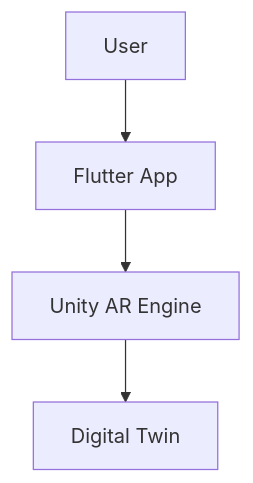
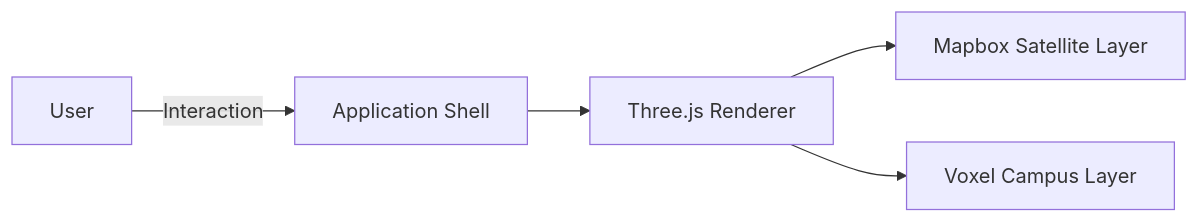
The fourth of 4 diagrams in README.md (shivansh-kaushik/GAMEMNNIT), drawn with Mermaid before and after one commit. The commit also changed other lines of this file and 9 other files, not shown here.

````diff
--- a/README.md
+++ b/README.md
@@ -422,6 +436,7 @@
 ```mermaid
-graph TD
-A[User] --> B[Flutter App]
-B --> C[Unity AR Engine]
-C --> D[Digital Twin]
+graph LR
+    Parent[Application Shell] --> WebGL[Three.js Renderer]
+    WebGL --> Map[Mapbox Satellite Layer]
+    WebGL --> Voxel[Voxel Campus Layer]
+    User -->|Interaction| Parent
 ```
````
